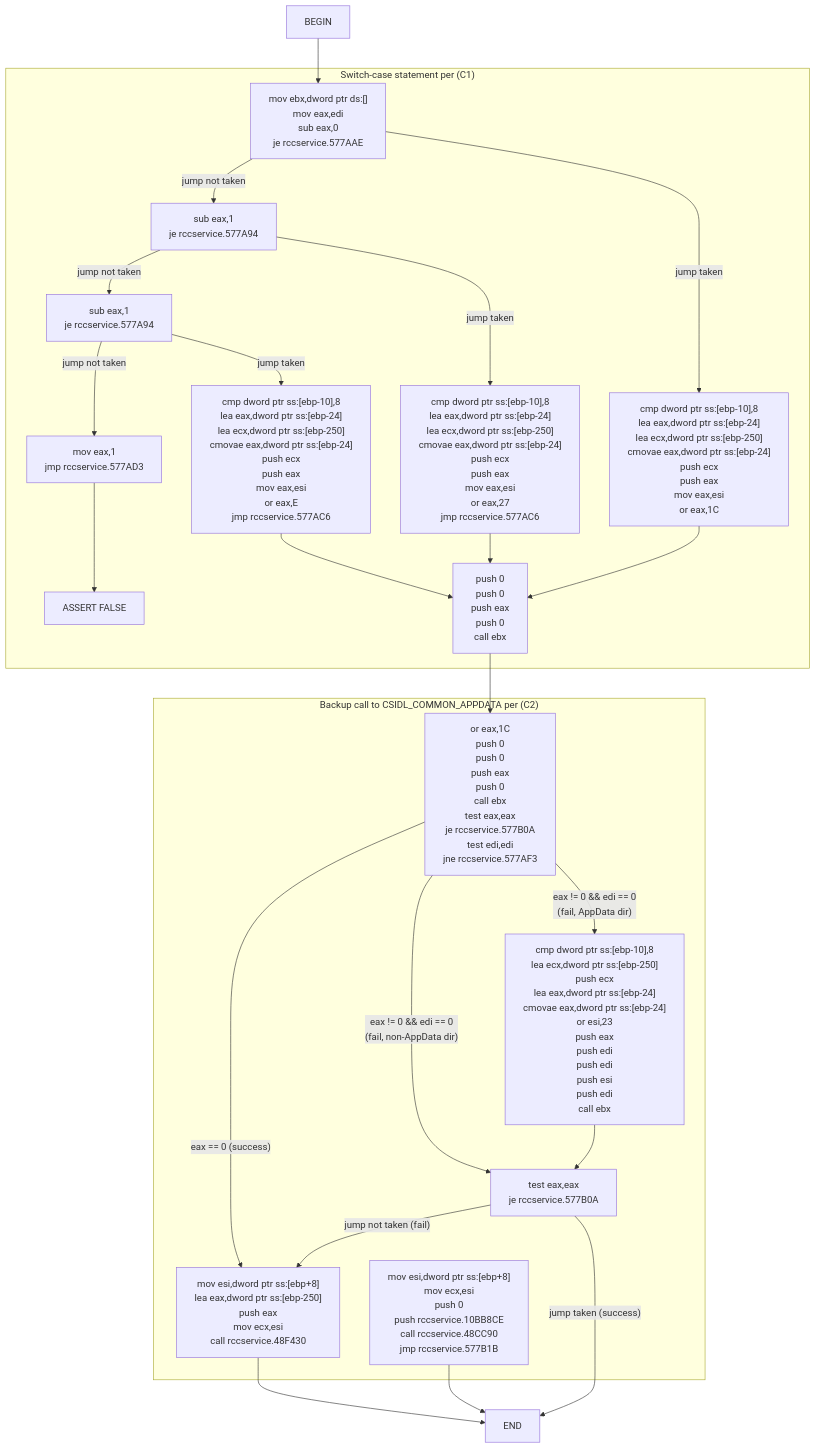
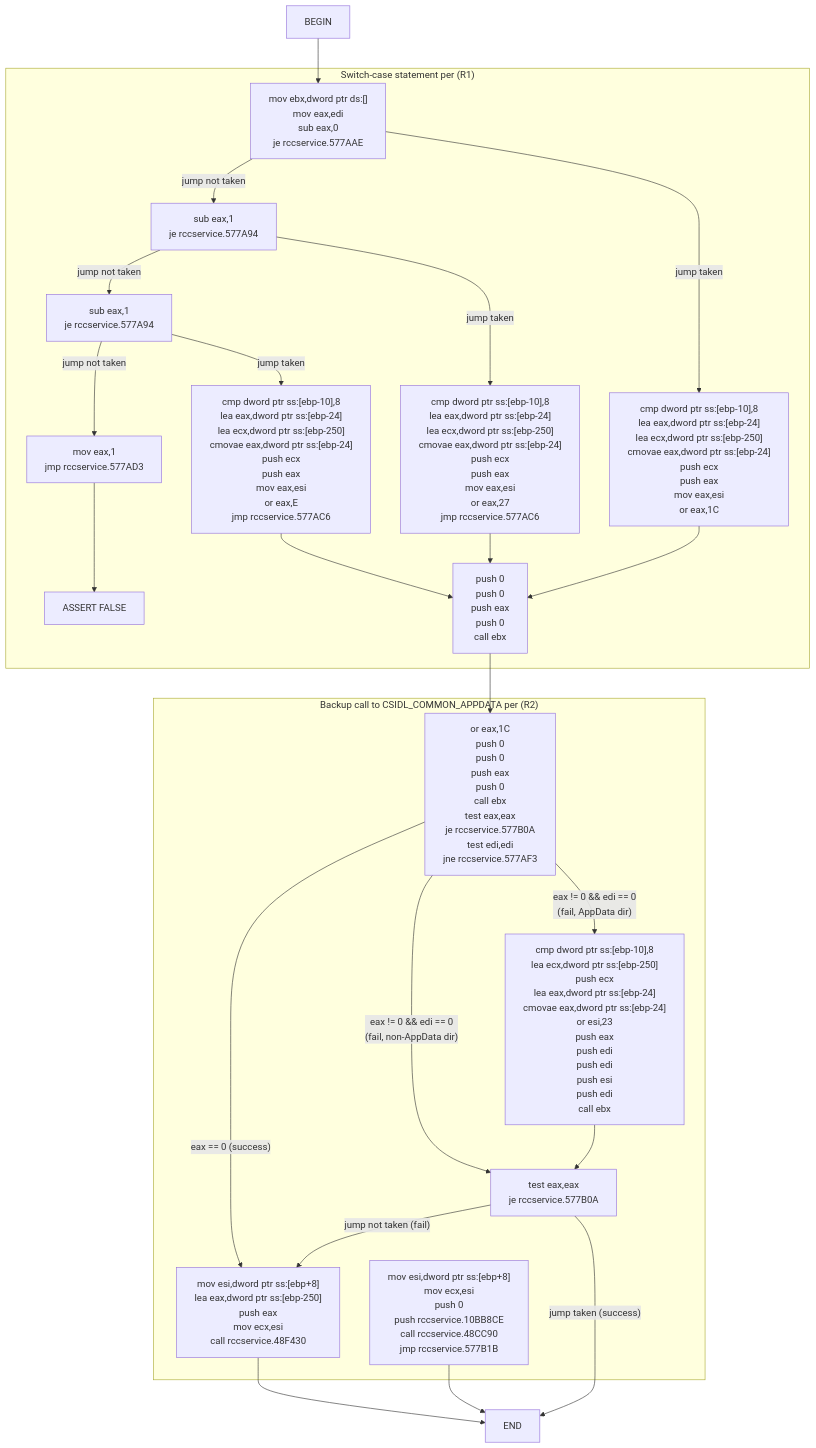
One commit to yakovexplorer/Roblox-Freedom-Distribution-Guides changed the first of 2 diagrams in RedirectAppDataDirectory/README.md. Above: the diagram before and after it, drawn with Mermaid. The commit also changed other lines of this file and 4 other files, not shown here.

````diff
--- a/RedirectAppDataDirectory/README.md
+++ b/RedirectAppDataDirectory/README.md
@@ -124,49 +130,49 @@
 ```mermaid
 ---
 config:
   themeVariables:
     fontFamily: Monospace
   flowchart:
     markdownAutoWrap: false
     wrappingWidth: 6767
 ---
 flowchart TB
- subgraph subGraph0["Switch-case statement per (C1)"]
+ subgraph subGraph0["Switch-case statement per (R1)"]
         3.5["ASSERT FALSE"]
         3["mov eax,1<br>jmp rccservice.577AD3"]
         2["sub eax,1<br>je rccservice.577A94"]
         1["sub eax,1<br>je rccservice.577A94"]
         0["mov ebx,dword ptr ds:[]<br>mov eax,edi<br>sub eax,0<br>je rccservice.577AAE"]
         0.5["cmp dword ptr ss:[ebp-10],8<br>lea eax,dword ptr ss:[ebp-24]<br>lea ecx,dword ptr ss:[ebp-250]<br>cmovae eax,dword ptr ss:[ebp-24]<br>push ecx<br>push eax<br>mov eax,esi<br>or eax,1C"]
         1.5["cmp dword ptr ss:[ebp-10],8<br>lea eax,dword ptr ss:[ebp-24]<br>lea ecx,dword ptr ss:[ebp-250]<br>cmovae eax,dword ptr ss:[ebp-24]<br>push ecx<br>push eax<br>mov eax,esi<br>or eax,27<br>jmp rccservice.577AC6"]
         2.5["cmp dword ptr ss:[ebp-10],8<br>lea eax,dword ptr ss:[ebp-24]<br>lea ecx,dword ptr ss:[ebp-250]<br>cmovae eax,dword ptr ss:[ebp-24]<br>push ecx<br>push eax<br>mov eax,esi<br>or eax,E<br>jmp rccservice.577AC6"]
         C["push 0<br>push 0<br>push eax<br>push 0<br>call ebx"]
   end
- subgraph subGraph1["Backup call to CSIDL_COMMON_APPDATA per (C2)"]
+ subgraph subGraph1["Backup call to CSIDL_COMMON_APPDATA per (R2)"]
         J["or eax,1C<br>push 0<br>push 0<br>push eax<br>push 0<br>call ebx<br>test eax,eax<br>je rccservice.577B0A<br>test edi,edi<br>jne rccservice.577AF3"]
         C2["mov esi,dword ptr ss:[ebp+8]<br>lea eax,dword ptr ss:[ebp-250]<br>push eax<br>mov ecx,esi<br>call rccservice.48F430"]
         B2["test eax,eax<br>je rccservice.577B0A"]
         C0["cmp dword ptr ss:[ebp-10],8<br>lea ecx,dword ptr ss:[ebp-250]<br>push ecx<br>lea eax,dword ptr ss:[ebp-24]<br>cmovae eax,dword ptr ss:[ebp-24]<br>or esi,23<br>push eax<br>push edi<br>push edi<br>push esi<br>push edi<br>call ebx"]
         C1["mov esi,dword ptr ss:[ebp+8]<br>mov ecx,esi<br>push 0<br>push rccservice.10BB8CE<br>call rccservice.48CC90<br>jmp rccservice.577B1B"]
   end
     0 -- jump not taken --> 1
     1 -- jump not taken --> 2
     2 -- jump not taken --> 3
     3 --> 3.5
     BEGIN["BEGIN"] --> 0
     0 -- jump taken --> 0.5
     1 -- jump taken --> 1.5
     2 -- jump taken --> 2.5
     0.5 --> C
     1.5 --> C
     2.5 --> C
     C --> J
     J -- "eax == 0 (success)" --> C2
     J -- "eax != 0 &amp;&amp; edi == 0<br>(fail, non-AppData dir)" --> B2
     J -- "eax != 0 &amp;&amp; edi == 0<br>(fail, AppData dir)" --> C0
     C0 --> B2
     B2 -- jump not taken (fail) --> C2
     B2 -- jump taken (success) --> END["END"]
     C2 --> END
     C1 --> END
 ```
````
